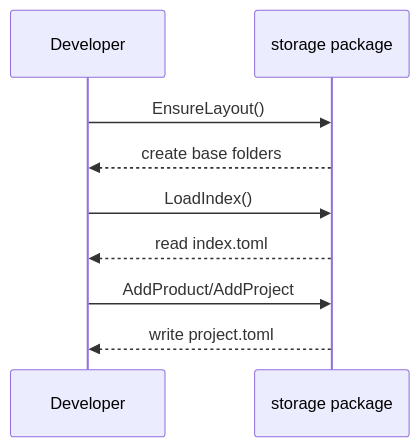
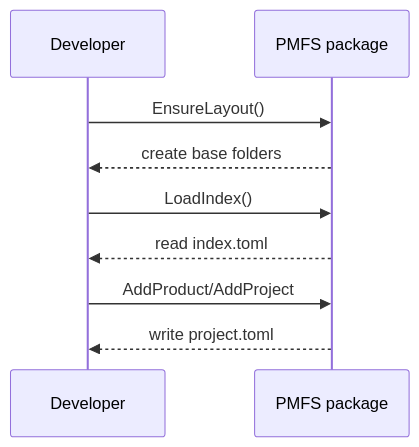
Before and after one commit to rjboer/PMFS: the second of 2 diagrams in README.md, drawn with Mermaid. The commit also changed other lines of this file and 1 other file, not shown here.

Commit message:
docs: document PMFS functions

````diff
--- a/README.md
+++ b/README.md
@@ -55,12 +55,12 @@
 ```mermaid
 sequenceDiagram
     participant Dev as Developer
-    participant Store as storage package
+    participant PMFS as PMFS package
 
-    Dev->>Store: EnsureLayout()
-    Store-->>Dev: create base folders
-    Dev->>Store: LoadIndex()
-    Store-->>Dev: read index.toml
-    Dev->>Store: AddProduct/AddProject
-    Store-->>Dev: write project.toml
+    Dev->>PMFS: EnsureLayout()
+    PMFS-->>Dev: create base folders
+    Dev->>PMFS: LoadIndex()
+    PMFS-->>Dev: read index.toml
+    Dev->>PMFS: AddProduct/AddProject
+    PMFS-->>Dev: write project.toml
 ```
````
